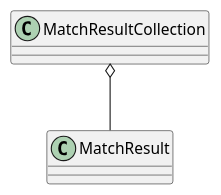
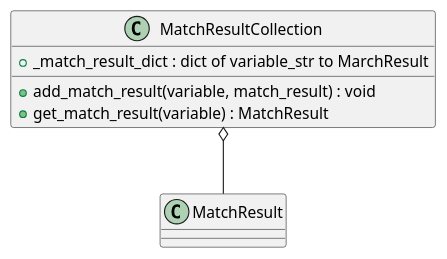
The diagram in Design/mr_mrc.puml (sys-bio/SBviper), drawn with PlantUML before and after one commit. The commit also changed 2 other files, not shown here.

```diff
--- a/Design/mr_mrc.puml
+++ b/Design/mr_mrc.puml
@@ -1,15 +1,18 @@
 @startuml
 
 MatchResultCollection o-- MatchResult
 
 'TimeSeries *-- SteadyState
 
 class MatchResultCollection {
+    +_match_result_dict : dict of variable_str to MarchResult
+    +add_match_result(variable, match_result) : void
+    +get_match_result(variable) : MatchResult
 
 }
 
 class MatchResult {
 
 }
 
 @enduml
```
